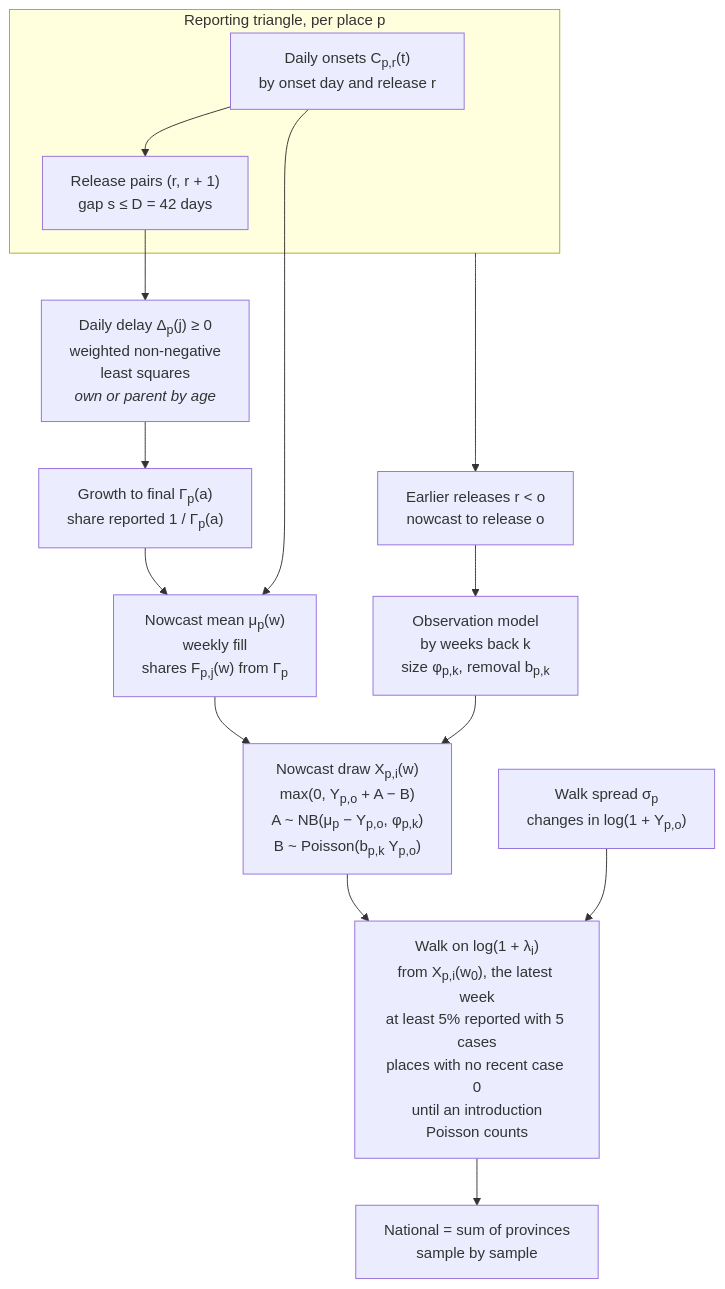
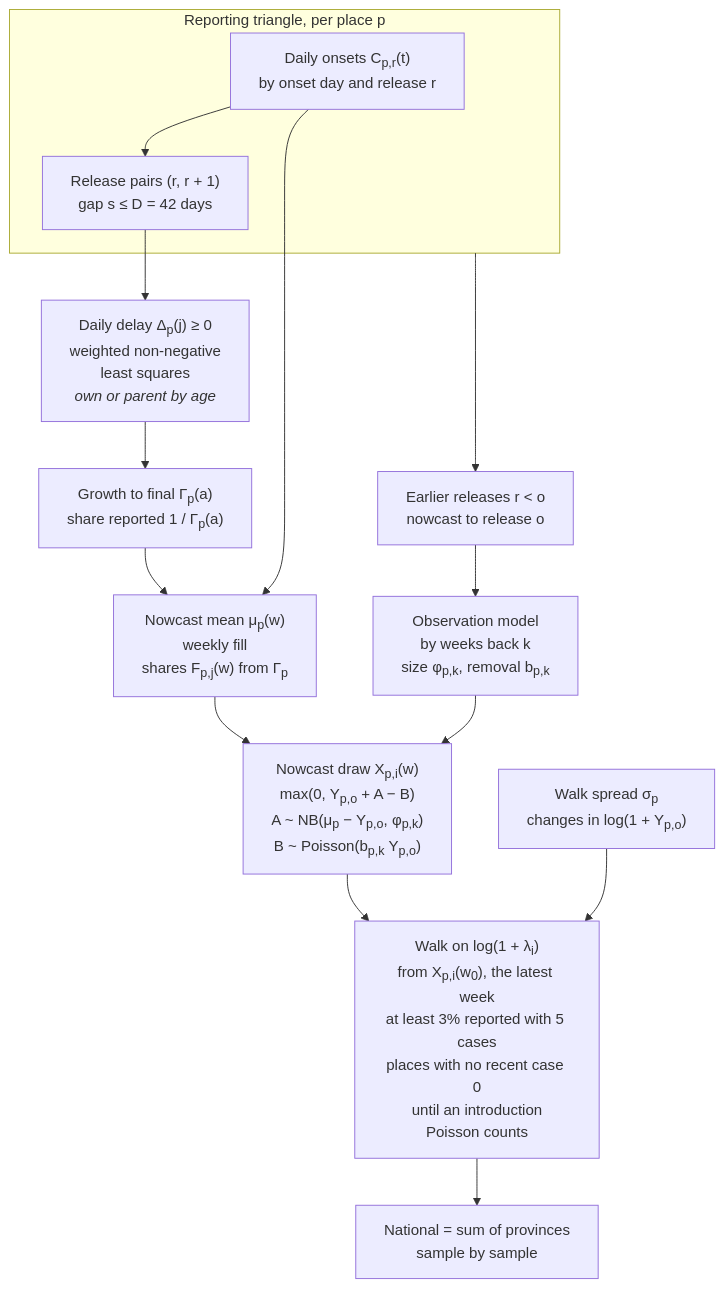
The first of 2 diagrams in docs/methods/baselines.md (seabbs/BDBVHubRenewal), drawn with Mermaid before and after one commit. The commit also changed other lines of this file and 5 other files, not shown here.

Commit message:
feat: start the walk at 3% reported with at least 5 cases

````diff
--- a/docs/methods/baselines.md
+++ b/docs/methods/baselines.md
@@ -27,29 +27,29 @@
 ```mermaid
 flowchart TD
     subgraph TRI["Reporting triangle, per place p"]
         SNAP["Daily onsets C<sub>p,r</sub>(t)<br/>by onset day and release r"]
         PAIR["Release pairs (r, r + 1)<br/>gap s ≤ D = 42 days"]
     end
     DEL["Daily delay Δ<sub>p</sub>(j) ≥ 0<br/>weighted non-negative<br/>least squares<br/><i>own or parent by age</i>"]
     G["Growth to final Γ<sub>p</sub>(a)<br/>share reported 1 / Γ<sub>p</sub>(a)"]
     MU["Nowcast mean μ<sub>p</sub>(w)<br/>weekly fill<br/>shares F<sub>p,j</sub>(w) from Γ<sub>p</sub>"]
     RETRO["Earlier releases r &lt; o<br/>nowcast to release o"]
     OBS["Observation model<br/>by weeks back k<br/>size φ<sub>p,k</sub>, removal b<sub>p,k</sub>"]
     X["Nowcast draw X<sub>p,i</sub>(w)<br/>max(0, Y<sub>p,o</sub> + A − B)<br/>A ~ NB(μ<sub>p</sub> − Y<sub>p,o</sub>, φ<sub>p,k</sub>)<br/>B ~ Poisson(b<sub>p,k</sub> Y<sub>p,o</sub>)"]
     SIG["Walk spread σ<sub>p</sub><br/>changes in log(1 + Y<sub>p,o</sub>)"]
-    W["Walk on log(1 + λ<sub>i</sub>)<br/>from X<sub>p,i</sub>(w<sub>0</sub>), the latest week<br/>at least 5% reported with 5 cases<br/>places with no recent case 0<br/>until an introduction<br/>Poisson counts"]
+    W["Walk on log(1 + λ<sub>i</sub>)<br/>from X<sub>p,i</sub>(w<sub>0</sub>), the latest week<br/>at least 3% reported with 5 cases<br/>places with no recent case 0<br/>until an introduction<br/>Poisson counts"]
     NAT["National = sum of provinces<br/>sample by sample"]
 
     SNAP --> PAIR
     PAIR --> DEL
     DEL --> G
     G --> MU
     SNAP --> MU
     TRI --> RETRO
     RETRO --> OBS
     MU --> X
     OBS --> X
     X --> W
     SIG --> W
     W --> NAT
 ```
````
